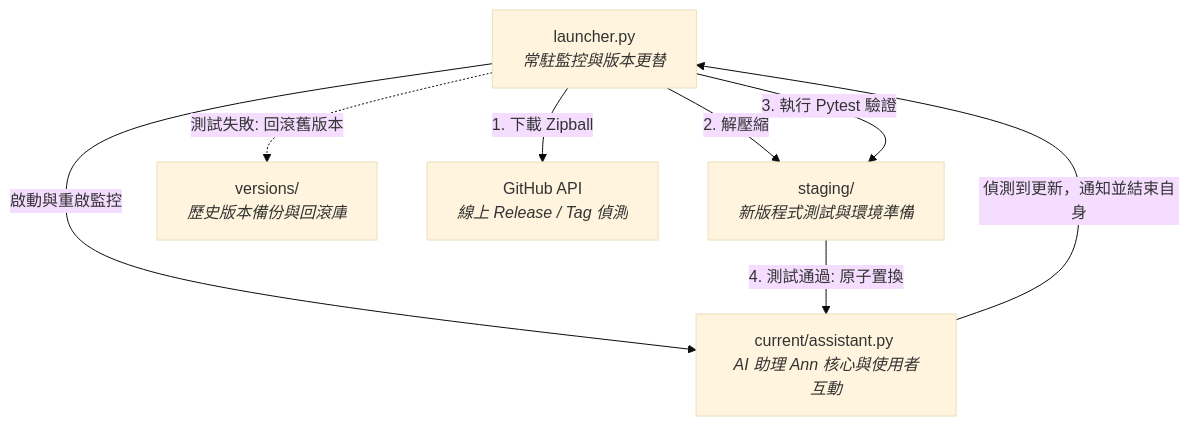
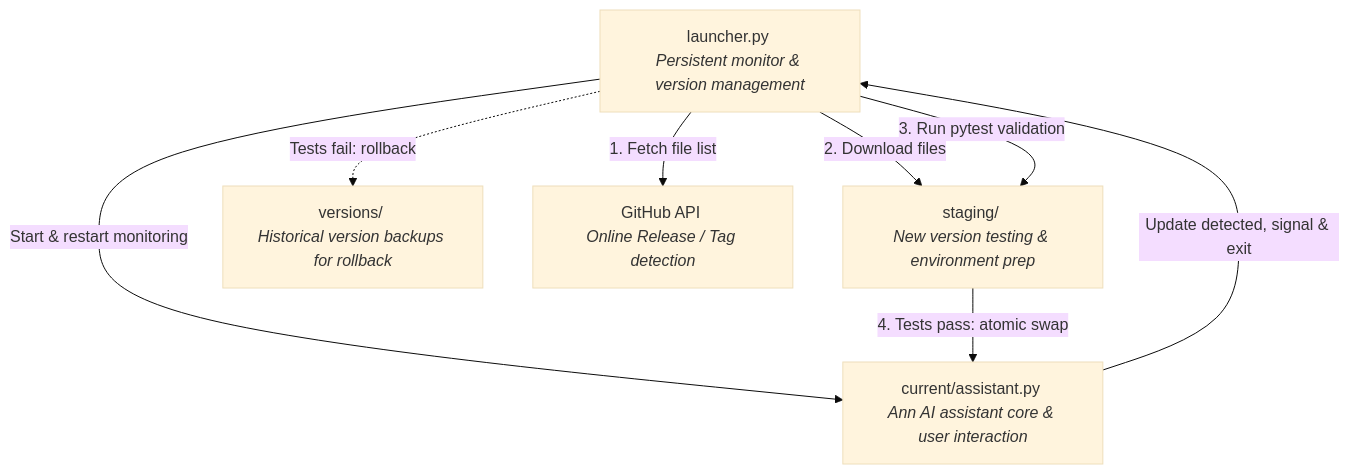
One commit to zohanlin2-ai/AI-coding-only changed the first of 2 diagrams in Ann/README.md. Above: the diagram before and after it, drawn with Mermaid (base theme). The commit also changed other lines of this file and 13 other files, not shown here.

````diff
--- a/Ann/README.md
+++ b/Ann/README.md
@@ -35,16 +39,16 @@
 ```mermaid
 graph TD
-    Launcher[launcher.py <br><i>常駐監控與版本更替</i>]
-    Assistant[current/assistant.py <br><i>AI 助理 Ann 核心與使用者互動</i>]
-    Staging[staging/ <br><i>新版程式測試與環境準備</i>]
-    Versions[versions/ <br><i>歷史版本備份與回滾庫</i>]
-    GitHub[GitHub API <br><i>線上 Release / Tag 偵測</i>]
+    Launcher[launcher.py <br><i>Persistent monitor & version management</i>]
+    Assistant[current/assistant.py <br><i>Ann AI assistant core & user interaction</i>]
+    Staging[staging/ <br><i>New version testing & environment prep</i>]
+    Versions[versions/ <br><i>Historical version backups for rollback</i>]
+    GitHub[GitHub API <br><i>Online Release / Tag detection</i>]
 
-    Launcher -->|啟動與重啟監控| Assistant
-    Assistant -->|偵測到更新，通知並結束自身| Launcher
-    Launcher -->|1. 下載 Zipball| GitHub
-    Launcher -->|2. 解壓縮| Staging
-    Launcher -->|3. 執行 Pytest 驗證| Staging
-    Staging -->|4. 測試通過: 原子置換| Assistant
-    Launcher -.->|測試失敗: 回滾舊版本| Versions
+    Launcher -->|Start & restart monitoring| Assistant
+    Assistant -->|Update detected, signal & exit| Launcher
+    Launcher -->|1. Fetch file list| GitHub
+    Launcher -->|2. Download files| Staging
+    Launcher -->|3. Run pytest validation| Staging
+    Staging -->|4. Tests pass: atomic swap| Assistant
+    Launcher -.->|Tests fail: rollback| Versions
 ```
````
